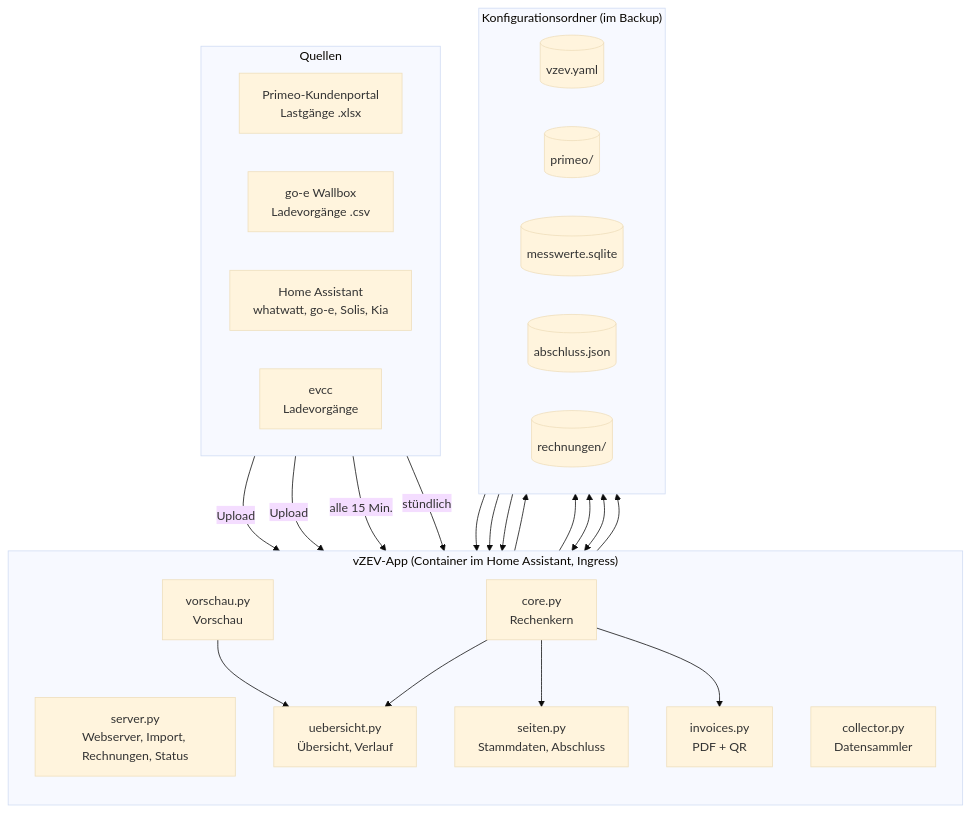
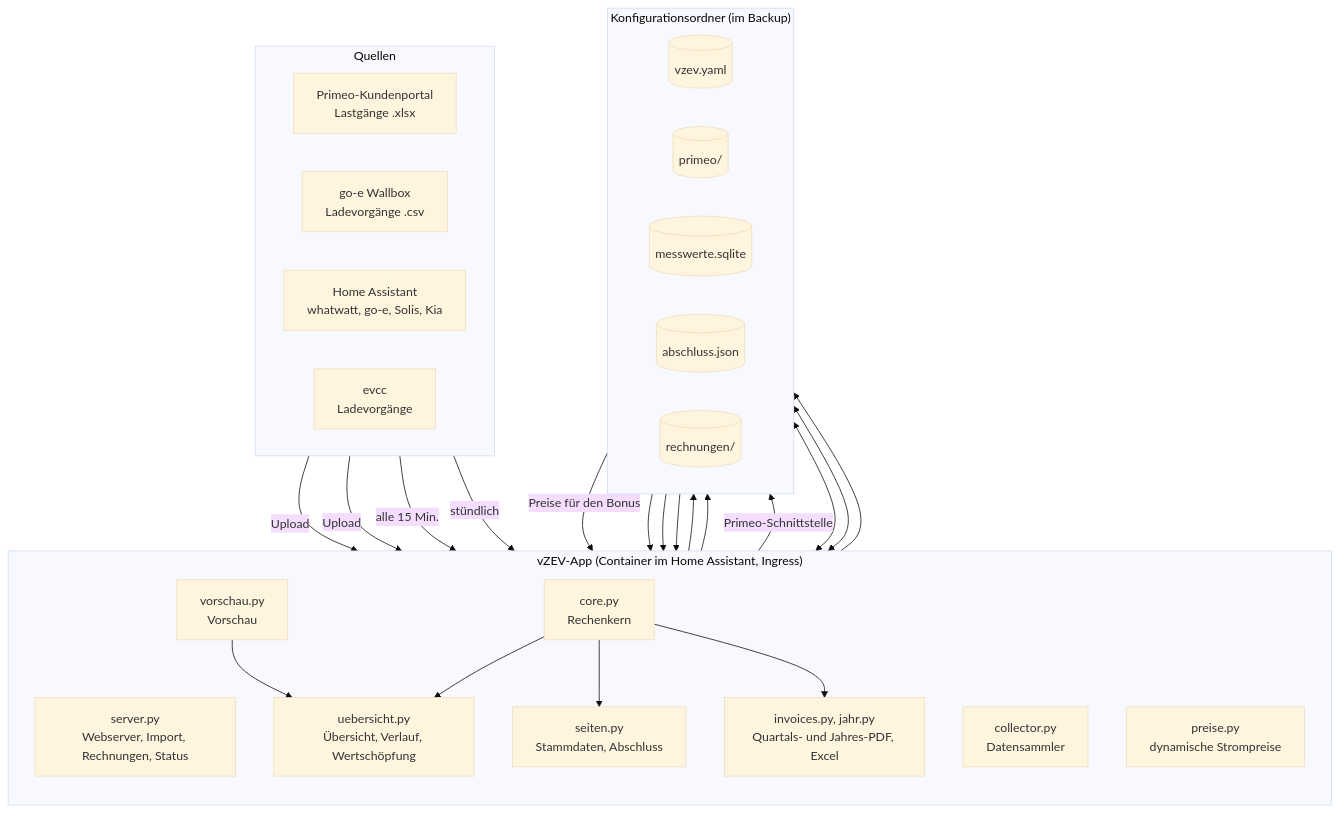
Before and after one commit to khu1985/vzev-ha: the diagram in docs/architektur.mmd, drawn with Mermaid (base theme). The commit also changed 8 other files, not shown here.

```diff
--- a/docs/architektur.mmd
+++ b/docs/architektur.mmd
@@ -1,42 +1,45 @@
 flowchart TB
     subgraph Quellen
         direction LR
         P["Primeo-Kundenportal<br/>Lastgänge .xlsx"]
         W["go-e Wallbox<br/>Ladevorgänge .csv"]
         HA["Home Assistant<br/>whatwatt, go-e, Solis, Kia"]
         E["evcc<br/>Ladevorgänge"]
     end
 
     subgraph App["vZEV-App (Container im Home Assistant, Ingress)"]
         direction TB
         S["server.py<br/>Webserver, Import, Rechnungen, Status"]
         CO["collector.py<br/>Datensammler"]
         C["core.py<br/>Rechenkern"]
         V["vorschau.py<br/>Vorschau"]
-        U["uebersicht.py<br/>Übersicht, Verlauf"]
+        U["uebersicht.py<br/>Übersicht, Verlauf, Wertschöpfung"]
         SE["seiten.py<br/>Stammdaten, Abschluss"]
-        I["invoices.py<br/>PDF + QR"]
+        I["invoices.py, jahr.py<br/>Quartals- und Jahres-PDF, Excel"]
+        PZ["preise.py<br/>dynamische Strompreise"]
     end
 
     subgraph Daten["Konfigurationsordner (im Backup)"]
         direction LR
         Y[("vzev.yaml")]
         PR[("primeo/")]
         DB[("messwerte.sqlite")]
         AB[("abschluss.json")]
         R[("rechnungen/")]
     end
 
     P & W -- Upload --> S --> PR
     HA -- "alle 15 Min." --> CO
     E -- stündlich --> CO
     CO --> DB
+    PZ -- "Primeo-Schnittstelle" --> DB
+    DB -- "Preise für den Bonus" --> C
     PR --> C
     Y --> C
     DB --> V
     C --> U
     V --> U
     C --> SE
     SE <--> Y
     SE <--> AB
     C --> I --> R
```
